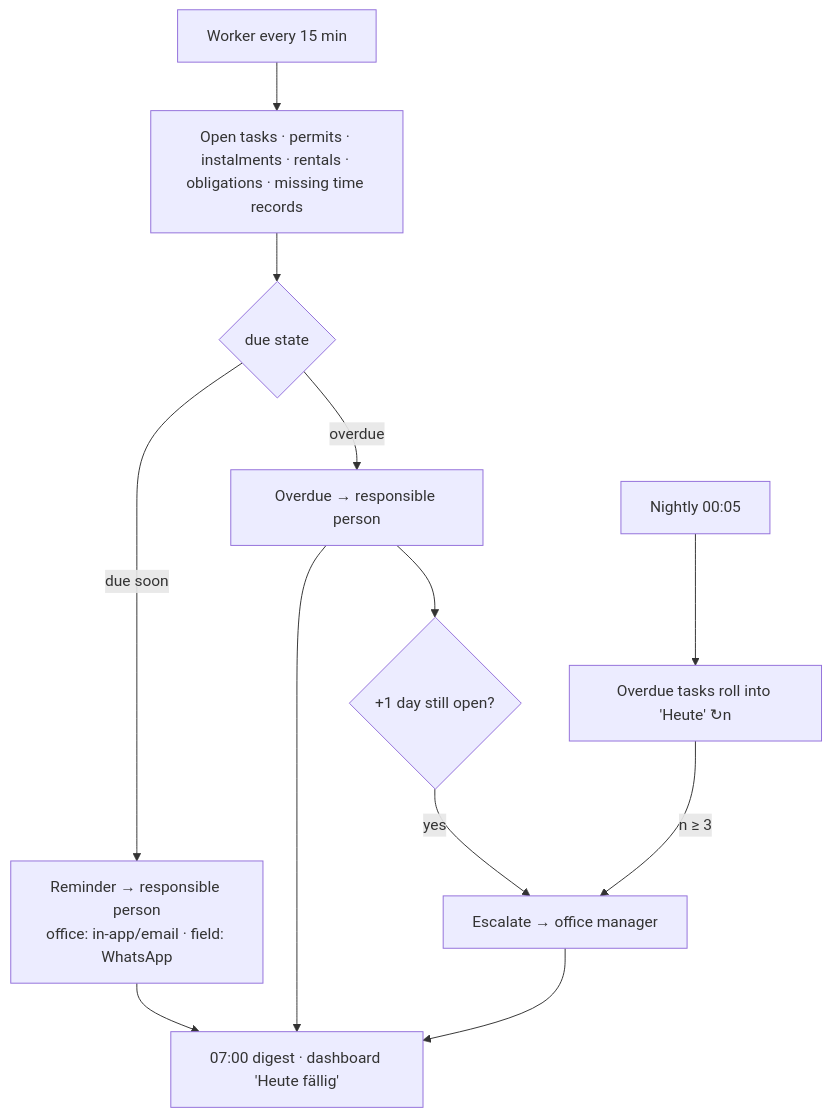
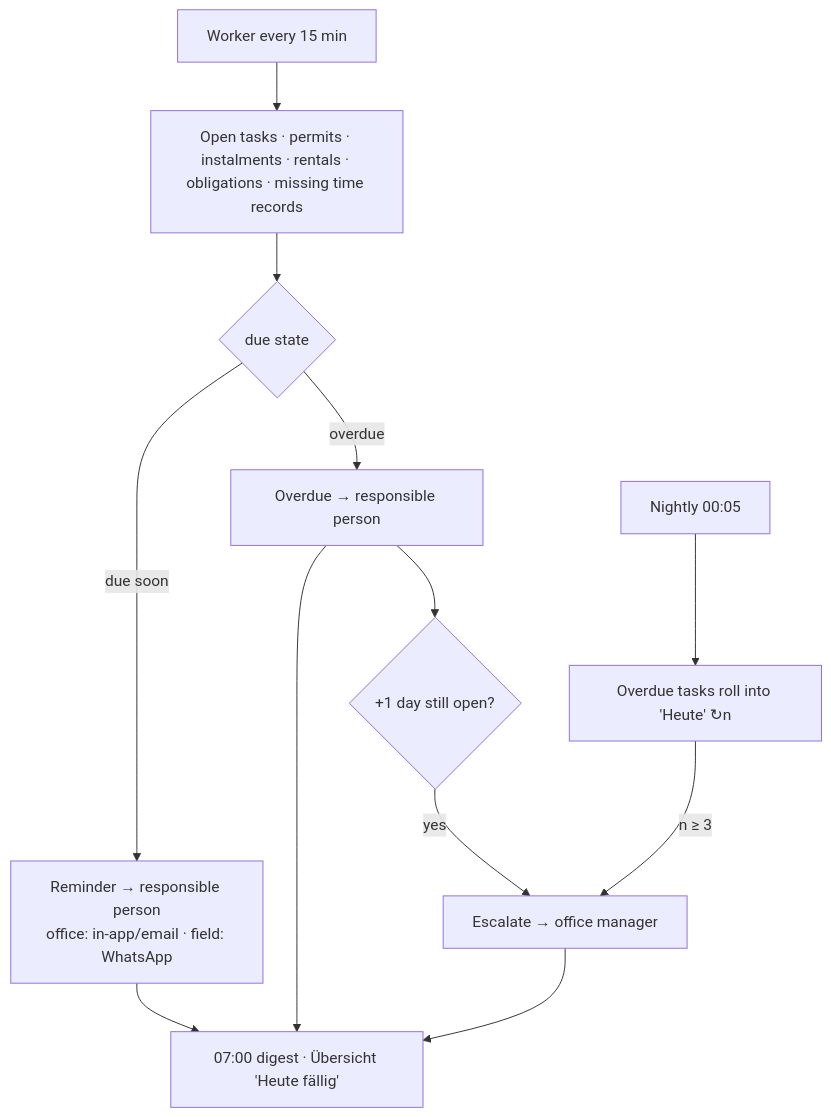
Before and after one commit to coelln-konzept/marktwerk: the sixth of 12 diagrams in docs/product/user-flows.md, drawn with Mermaid. The commit also changed 15 other files, not shown here.

````diff
--- a/docs/product/user-flows.md
+++ b/docs/product/user-flows.md
@@ -92,12 +92,12 @@
 ```mermaid
 flowchart TD
     C[Worker every 15 min] --> Q[Open tasks · permits · instalments · rentals · obligations · missing time records]
     Q --> S{due state}
     S -->|due soon| R[Reminder → responsible person<br/>office: in-app/email · field: WhatsApp]
     S -->|overdue| O[Overdue → responsible person]
     O --> E1{"+1 day still open?"}
     E1 -->|yes| MG[Escalate → office manager]
     N[Nightly 00:05] --> RO[Overdue tasks roll into 'Heute' ↻n]
     RO -->|n ≥ 3| MG
-    R & O & MG --> DG[07:00 digest · dashboard 'Heute fällig']
+    R & O & MG --> DG[07:00 digest · Übersicht 'Heute fällig']
 ```
````
